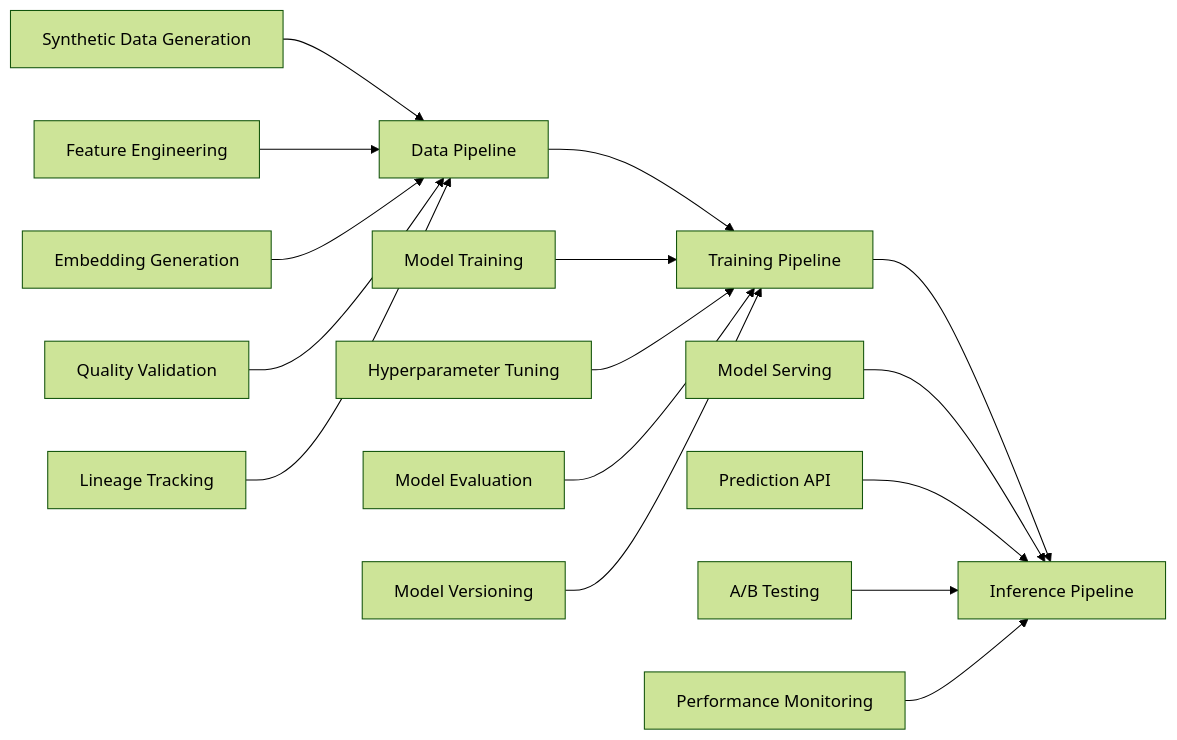
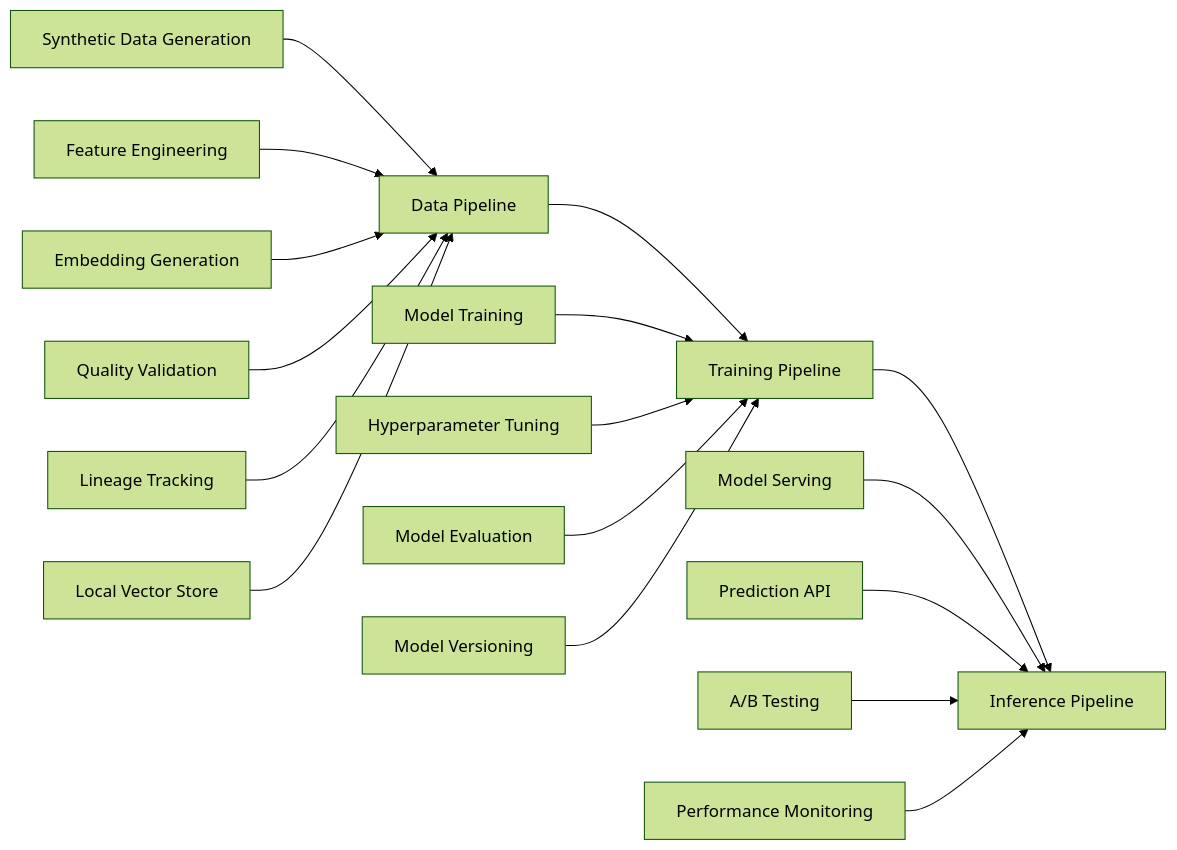
One commit to naaas94/data-pipeline changed the first of 6 diagrams in enterprise-documentation/docs/02-architecture-data-flow.md. Above: the diagram before and after it, drawn with Mermaid (forest theme). The commit also changed other lines of this file and 14 other files, not shown here.

Commit message:
vector store kick off

````diff
--- a/enterprise-documentation/docs/02-architecture-data-flow.md
+++ b/enterprise-documentation/docs/02-architecture-data-flow.md
@@ -9,21 +9,22 @@
 ```mermaid
 graph LR
     A[Data Pipeline] --> B[Training Pipeline]
     B --> C[Inference Pipeline]
     
     A1[Synthetic Data Generation] --> A
     A2[Feature Engineering] --> A
     A3[Embedding Generation] --> A
     A4[Quality Validation] --> A
     A5[Lineage Tracking] --> A
+    A6[Local Vector Store] --> A
     
     B1[Model Training] --> B
     B2[Hyperparameter Tuning] --> B
     B3[Model Evaluation] --> B
     B4[Model Versioning] --> B
     
     C1[Model Serving] --> C
     C2[Prediction API] --> C
     C3[A/B Testing] --> C
     C4[Performance Monitoring] --> C
 ```
````
